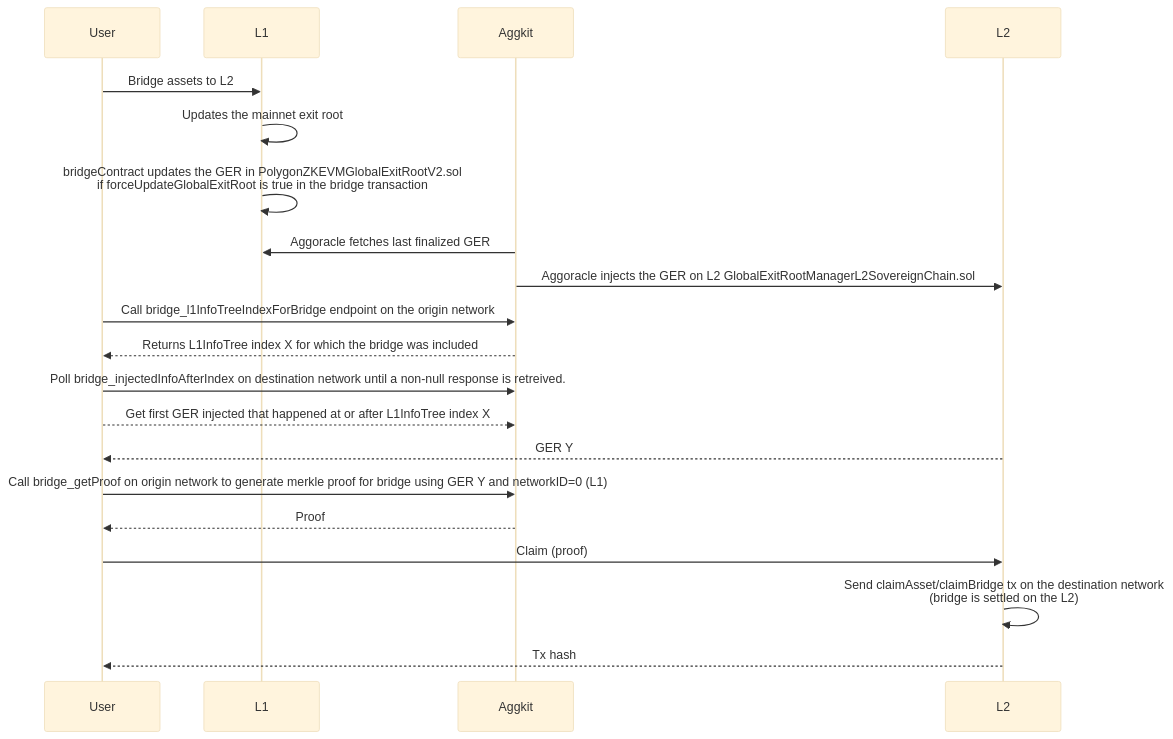
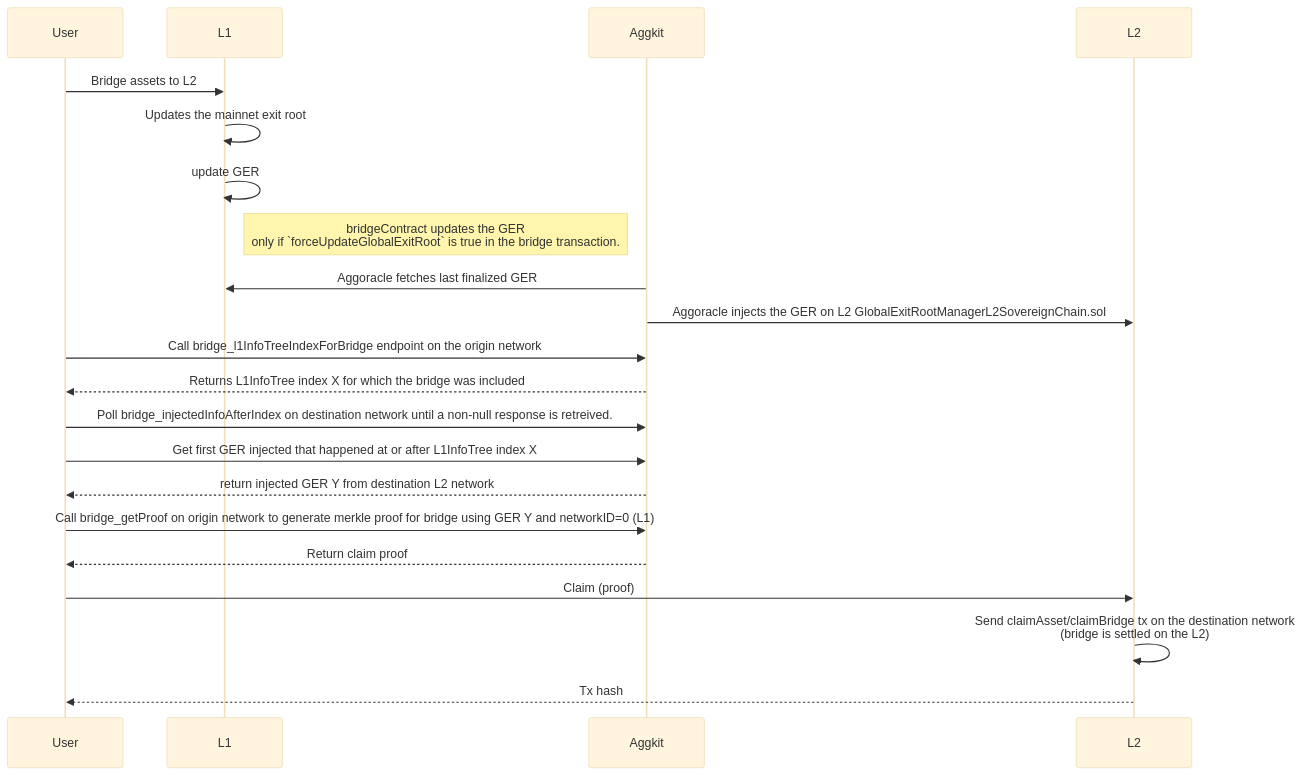
The second of 4 diagrams in docs/bridge_service.md (agglayer/aggkit), drawn with Mermaid (base theme) before and after one commit.

````diff
--- a/docs/bridge_service.md
+++ b/docs/bridge_service.md
@@ -36,24 +36,25 @@
 ```mermaid
 sequenceDiagram
     participant User
     participant L1
     participant Aggkit
     participant L2
 
     User->>L1: Bridge assets to L2
     L1->>L1: Updates the mainnet exit root
-    L1->>L1: bridgeContract updates the GER in PolygonZKEVMGlobalExitRootV2.sol<br/>if forceUpdateGlobalExitRoot is true in the bridge transaction
+    L1->>L1: update GER
+    Note right of L1: bridgeContract updates the GER<br/>only if `forceUpdateGlobalExitRoot` is true in the bridge transaction.
     Aggkit->>L1: Aggoracle fetches last finalized GER
     Aggkit->>L2: Aggoracle injects the GER on L2 GlobalExitRootManagerL2SovereignChain.sol
 
     User->>Aggkit: Call bridge_l1InfoTreeIndexForBridge endpoint on the origin network
     Aggkit-->>User: Returns L1InfoTree index X for which the bridge was included
     User->>Aggkit: Poll bridge_injectedInfoAfterIndex on destination network until a non-null response is retreived.
-    User-->>Aggkit: Get first GER injected that happened at or after L1InfoTree index X
-    L2-->>User: GER Y
+    User->>Aggkit: Get first GER injected that happened at or after L1InfoTree index X
+    Aggkit-->>User: return injected GER Y from destination L2 network
     User->>Aggkit: Call bridge_getProof on origin network to generate merkle proof for bridge using GER Y and networkID=0 (L1)
-    Aggkit-->>User: Proof
+    Aggkit-->>User: Return claim proof
     User->>L2: Claim (proof)
     L2->>L2: Send claimAsset/claimBridge tx on the destination network<br/>(bridge is settled on the L2)
     L2-->>User: Tx hash
 ```
````
